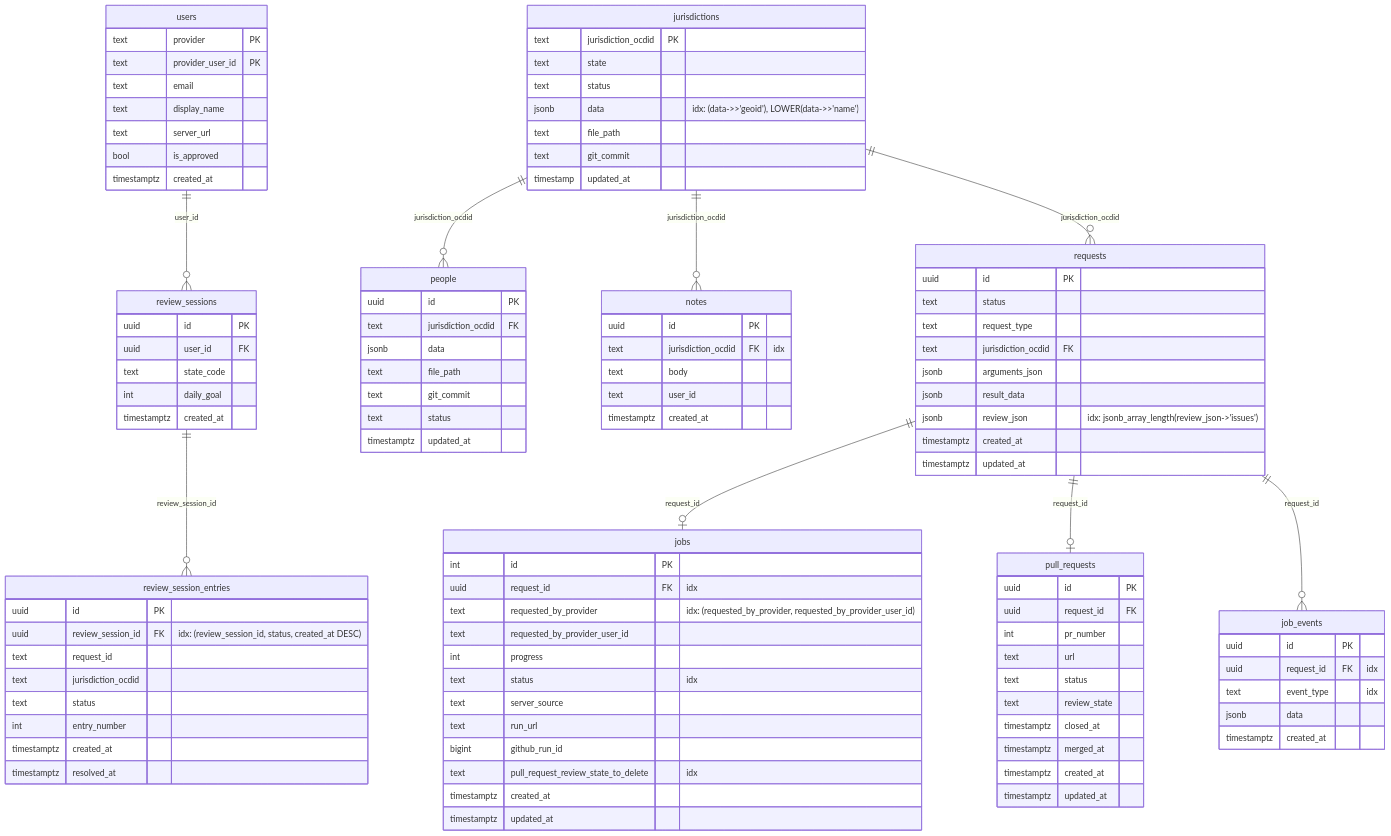
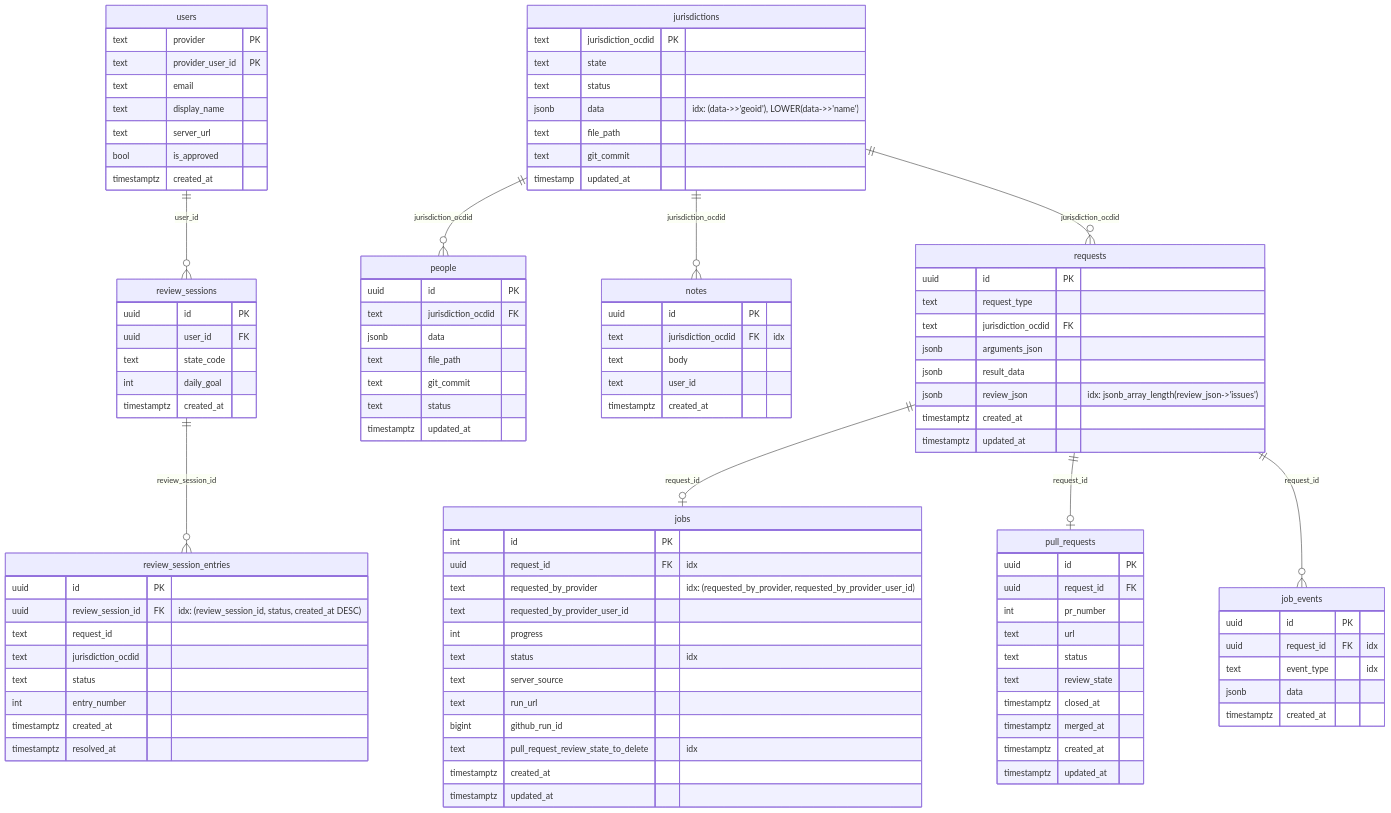
Before and after one commit to CivicPatch/civicpatch-tools: the diagram in civicpatch.org/README.md, drawn with Mermaid. The commit also changed 4 other files, not shown here.

```diff
--- a/civicpatch.org/README.md
+++ b/civicpatch.org/README.md
@@ -151,7 +151,6 @@
 
     requests {
         uuid id PK
-        text status
         text request_type
         text jurisdiction_ocdid FK
         jsonb arguments_json
```
